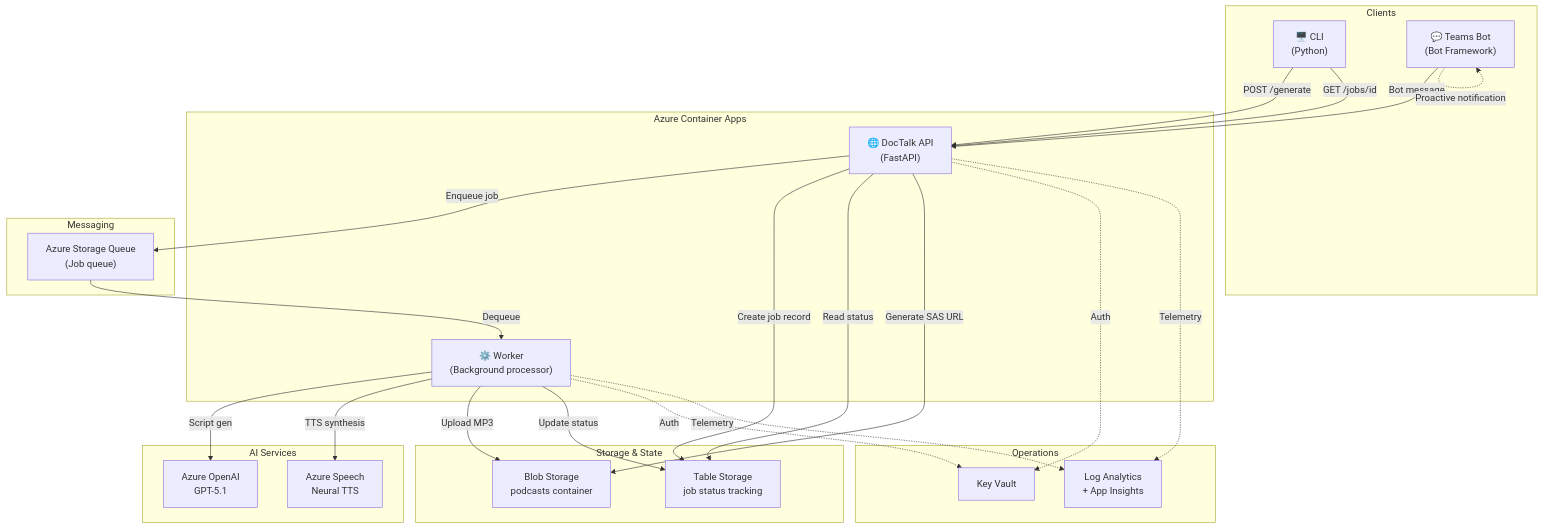
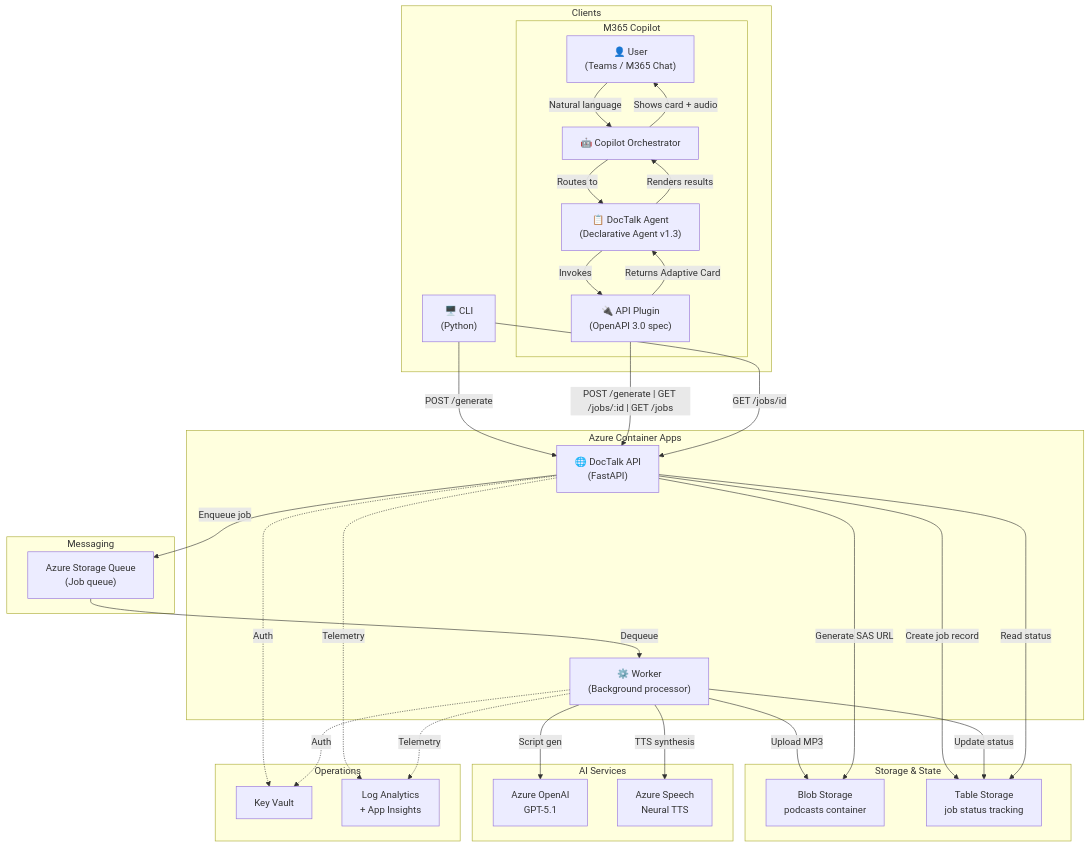
The first of 4 diagrams in ARCHITECTURE.md (rjayapra/DocTalk), drawn with Mermaid before and after one commit. The commit also changed other lines of this file, not shown here.

First line of the commit message:
docs: update ARCHITECTURE.md with M365 Copilot agent architecture

````diff
--- a/ARCHITECTURE.md
+++ b/ARCHITECTURE.md
@@ -25,47 +25,57 @@
 ```mermaid
 flowchart TB
     subgraph "Clients"
         CLI["🖥️ CLI<br/>(Python)"]
-        TEAMS["💬 Teams Bot<br/>(Bot Framework)"]
+        subgraph "M365 Copilot"
+            USER["👤 User<br/>(Teams / M365 Chat)"]
+            COPILOT["🤖 Copilot Orchestrator"]
+            AGENT["📋 DocTalk Agent<br/>(Declarative Agent v1.3)"]
+            PLUGIN["🔌 API Plugin<br/>(OpenAPI 3.0 spec)"]
+        end
     end
 
     subgraph "Azure Container Apps"
         API["🌐 DocTalk API<br/>(FastAPI)"]
         WORKER["⚙️ Worker<br/>(Background processor)"]
     end
 
     subgraph "Messaging"
         QUEUE["Azure Storage Queue<br/>(Job queue)"]
     end
 
     subgraph "AI Services"
         OAI["Azure OpenAI<br/>GPT-5.1"]
         SPE["Azure Speech<br/>Neural TTS"]
     end
 
     subgraph "Storage & State"
         BLOB["Blob Storage<br/>podcasts container"]
         TABLE["Table Storage<br/>job status tracking"]
     end
 
     subgraph "Operations"
         KV["Key Vault"]
         LOG["Log Analytics<br/>+ App Insights"]
     end
 
     CLI -->|POST /generate| API
-    TEAMS -->|Bot message| API
+    USER -->|Natural language| COPILOT
+    COPILOT -->|Routes to| AGENT
+    AGENT -->|Invokes| PLUGIN
+    PLUGIN -->|"POST /generate | GET /jobs/:id | GET /jobs"| API
     API -->|Enqueue job| QUEUE
     API -->|Create job record| TABLE
     QUEUE -->|Dequeue| WORKER
     WORKER -->|Script gen| OAI
     WORKER -->|TTS synthesis| SPE
     WORKER -->|Upload MP3| BLOB
     WORKER -->|Update status| TABLE
     CLI -->|GET /jobs/id| API
-    TEAMS -.->|Proactive notification| TEAMS
+    PLUGIN -->|Returns Adaptive Card| AGENT
+    AGENT -->|Renders results| COPILOT
+    COPILOT -->|Shows card + audio| USER
     API -->|Read status| TABLE
     API -->|Generate SAS URL| BLOB
     API & WORKER -.->|Auth| KV
     API & WORKER -.->|Telemetry| LOG
 ```
````
